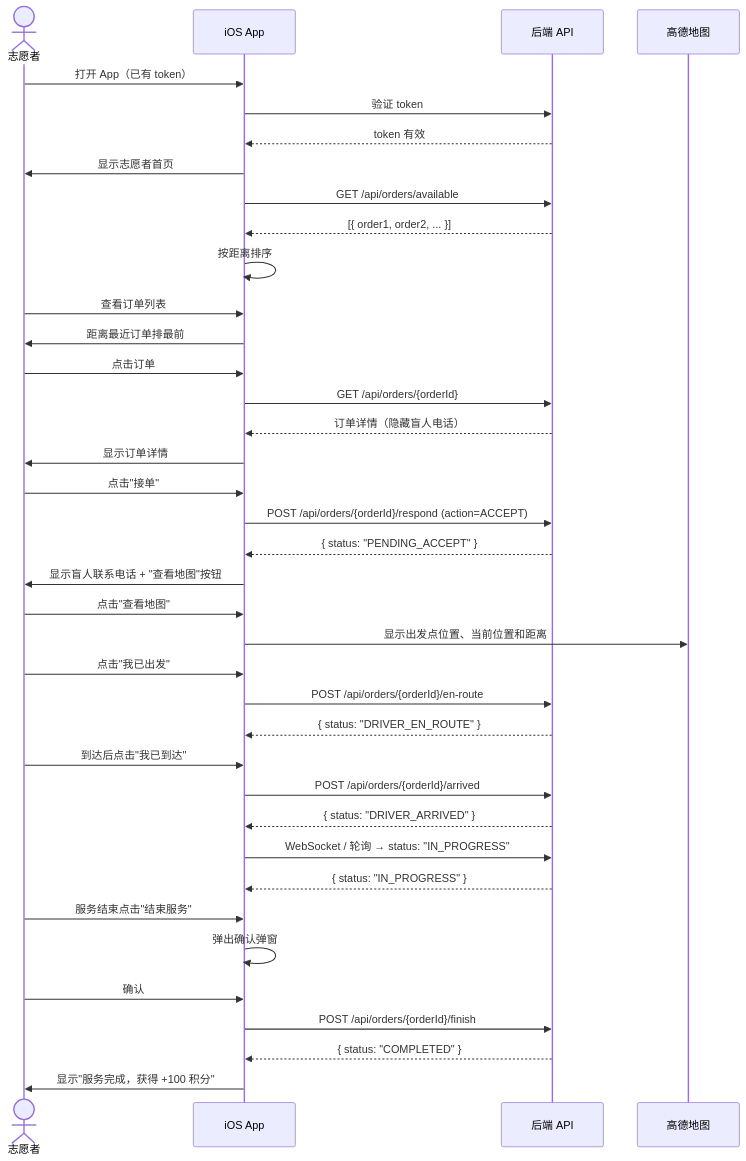
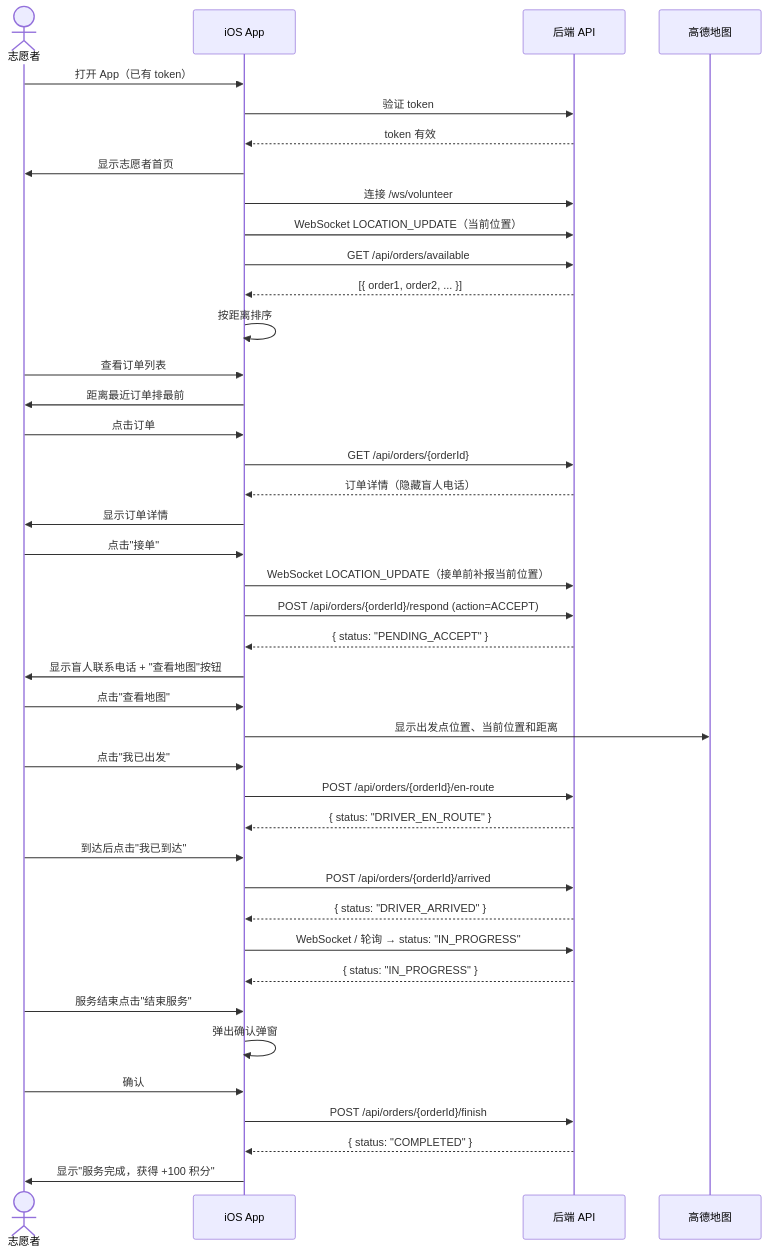
One commit to Jayden23018/blind-run-ios changed the fourth of 7 diagrams in docs/04-user-flows-and-state-machine.md. Above: the diagram before and after it, drawn with Mermaid. The commit also changed 13 other files, not shown here.

Commit message:
Document volunteer dispatch location reporting

````diff
--- a/docs/04-user-flows-and-state-machine.md
+++ b/docs/04-user-flows-and-state-machine.md
@@ -184,49 +184,52 @@
 ```mermaid
 sequenceDiagram
     actor VOL as 志愿者
     participant App as iOS App
     participant API as 后端 API
     participant AMap as 高德地图
 
     VOL->>App: 打开 App（已有 token）
     App->>API: 验证 token
     API-->>App: token 有效
     App->>VOL: 显示志愿者首页
+    App->>API: 连接 /ws/volunteer
+    App->>API: WebSocket LOCATION_UPDATE（当前位置）
     App->>API: GET /api/orders/available
     API-->>App: [{ order1, order2, ... }]
     App->>App: 按距离排序
 
     VOL->>App: 查看订单列表
     App->>VOL: 距离最近订单排最前
 
     VOL->>App: 点击订单
     App->>API: GET /api/orders/{orderId}
     API-->>App: 订单详情（隐藏盲人电话）
     App->>VOL: 显示订单详情
 
     VOL->>App: 点击"接单"
+    App->>API: WebSocket LOCATION_UPDATE（接单前补报当前位置）
     App->>API: POST /api/orders/{orderId}/respond (action=ACCEPT)
     API-->>App: { status: "PENDING_ACCEPT" }
     App->>VOL: 显示盲人联系电话 + "查看地图"按钮
 
     VOL->>App: 点击"查看地图"
     App->>AMap: 显示出发点位置、当前位置和距离
 
     VOL->>App: 点击"我已出发"
     App->>API: POST /api/orders/{orderId}/en-route
     API-->>App: { status: "DRIVER_EN_ROUTE" }
 
     VOL->>App: 到达后点击"我已到达"
     App->>API: POST /api/orders/{orderId}/arrived
     API-->>App: { status: "DRIVER_ARRIVED" }
 
     App->>API: WebSocket / 轮询 → status: "IN_PROGRESS"
     API-->>App: { status: "IN_PROGRESS" }
 
     VOL->>App: 服务结束点击"结束服务"
     App->>App: 弹出确认弹窗
     VOL->>App: 确认
     App->>API: POST /api/orders/{orderId}/finish
     API-->>App: { status: "COMPLETED" }
     App->>VOL: 显示"服务完成，获得 +100 积分"
 ```
````
